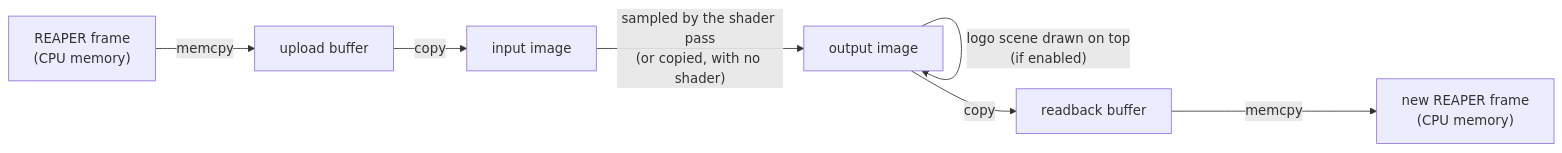
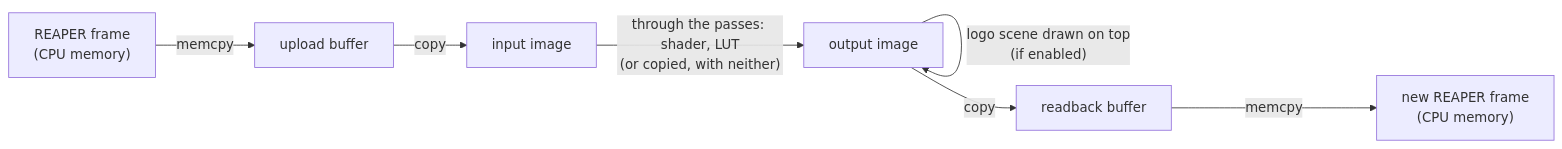
One commit to emanuelemessina/ReaShader changed the diagram in doc/rendering.md. Above: the diagram before and after it, drawn with Mermaid. The commit also changed other lines of this file and 7 other files, not shown here.

````diff
--- a/doc/rendering.md
+++ b/doc/rendering.md
@@ -25,9 +25,9 @@
 ```mermaid
 flowchart LR
     A["REAPER frame<br/>(CPU memory)"] -->|memcpy| B["upload buffer"]
     B -->|copy| C["input image"]
-    C -->|"sampled by the shader pass<br/>(or copied, with no shader)"| D["output image"]
+    C -->|"through the passes: shader, LUT<br/>(or copied, with neither)"| D["output image"]
     D -->|"logo scene drawn on top<br/>(if enabled)"| D
     D -->|copy| E["readback buffer"]
     E -->|memcpy| F["new REAPER frame<br/>(CPU memory)"]
 ```
````
